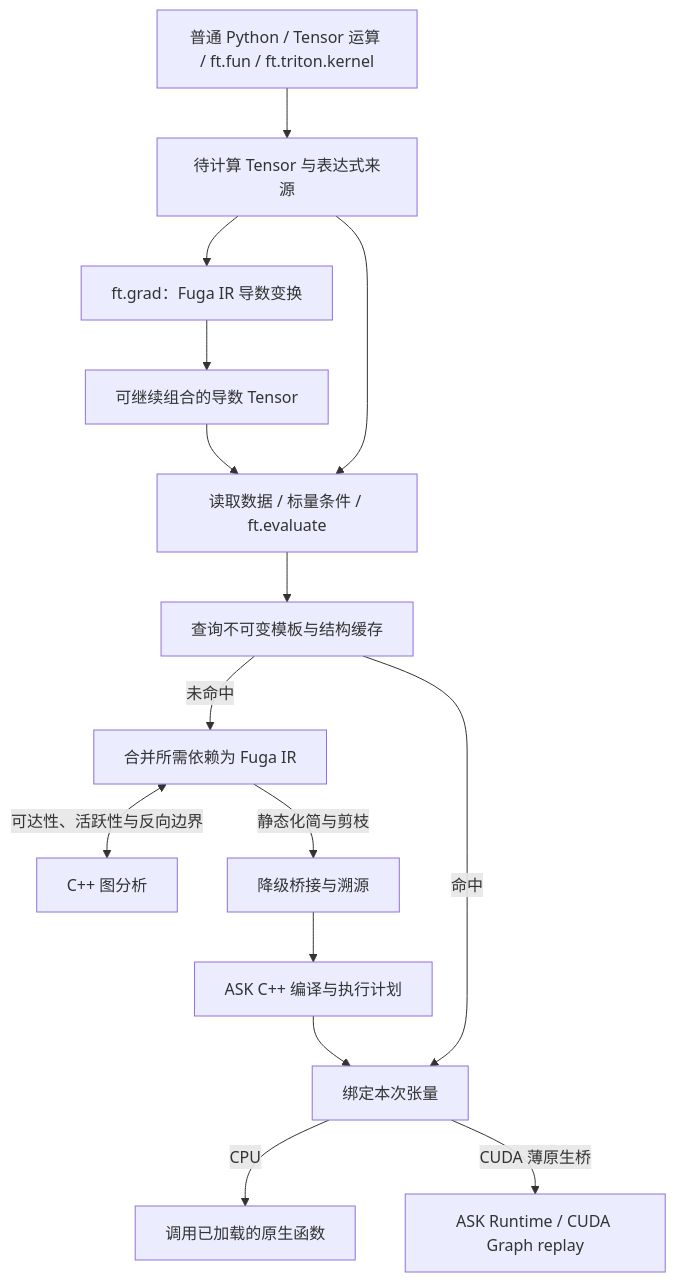
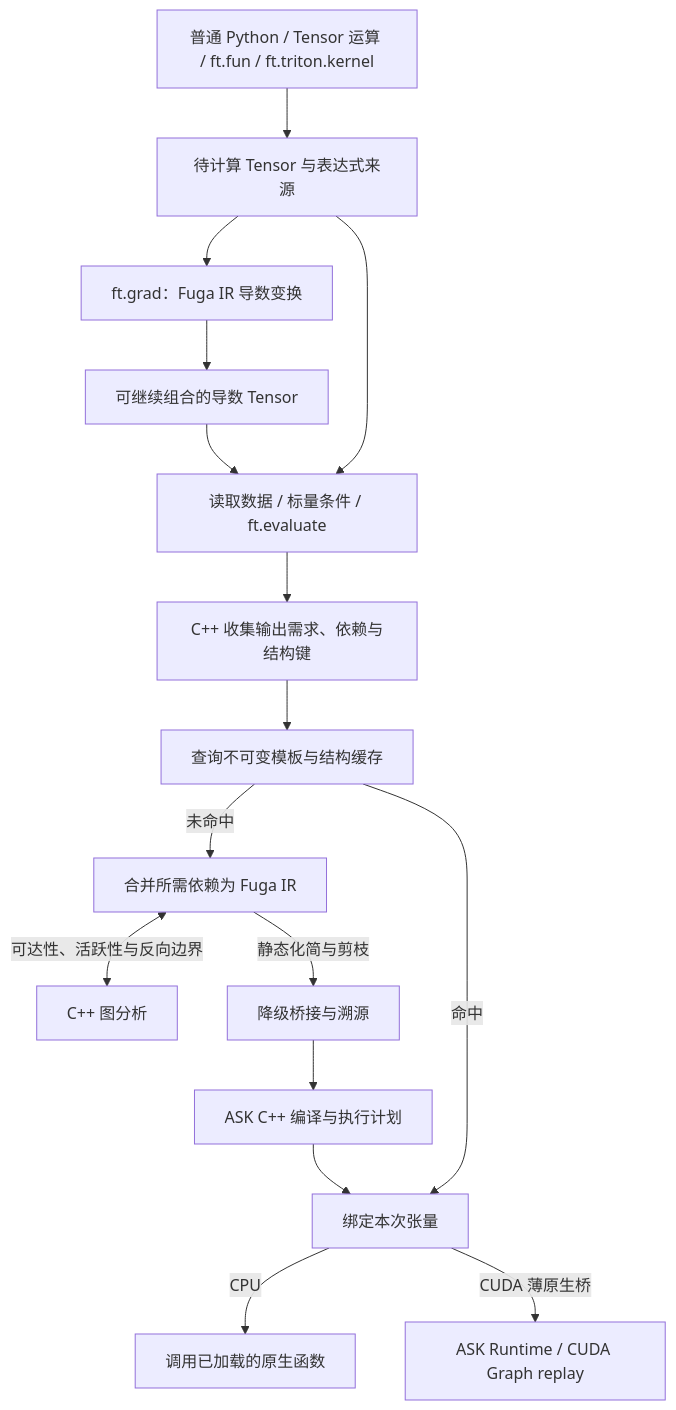
The diagram in docs/architecture/README.md (fugatensor/fugatensor), drawn with Mermaid before and after one commit. The commit also changed other lines of this file and 11 other files, not shown here.

First line of the commit message:
将待计算图收集与结构键生成迁入 C++

````diff
--- a/docs/architecture/README.md
+++ b/docs/architecture/README.md
@@ -7,17 +7,18 @@
 ```mermaid
 flowchart TD
     User["普通 Python / Tensor 运算 / ft.fun / ft.triton.kernel"] --> Pending["待计算 Tensor 与表达式来源"]
     Pending --> AD["ft.grad：Fuga IR 导数变换"]
     AD --> Derived["可继续组合的导数 Tensor"]
     Derived --> Boundary
     Pending --> Boundary["读取数据 / 标量条件 / ft.evaluate"]
-    Boundary --> Cache["查询不可变模板与结构缓存"]
+    Boundary --> Collect["C++ 收集输出需求、依赖与结构键"]
+    Collect --> Cache["查询不可变模板与结构缓存"]
     Cache -->|"未命中"| FugaIR["合并所需依赖为 Fuga IR"]
     FugaIR <-->|"可达性、活跃性与反向边界"| NativeCPP["C++ 图分析"]
     FugaIR -->|"静态化简与剪枝"| Lower["降级桥接与溯源"]
     Lower --> ASK["ASK C++ 编译与执行计划"]
     Cache -->|"命中"| Execute["绑定本次张量"]
     ASK --> Execute
     Execute -->|"CPU"| Host["调用已加载的原生函数"]
     Execute -->|"CUDA 薄原生桥"| Runtime["ASK Runtime / CUDA Graph replay"]
 ```
````
